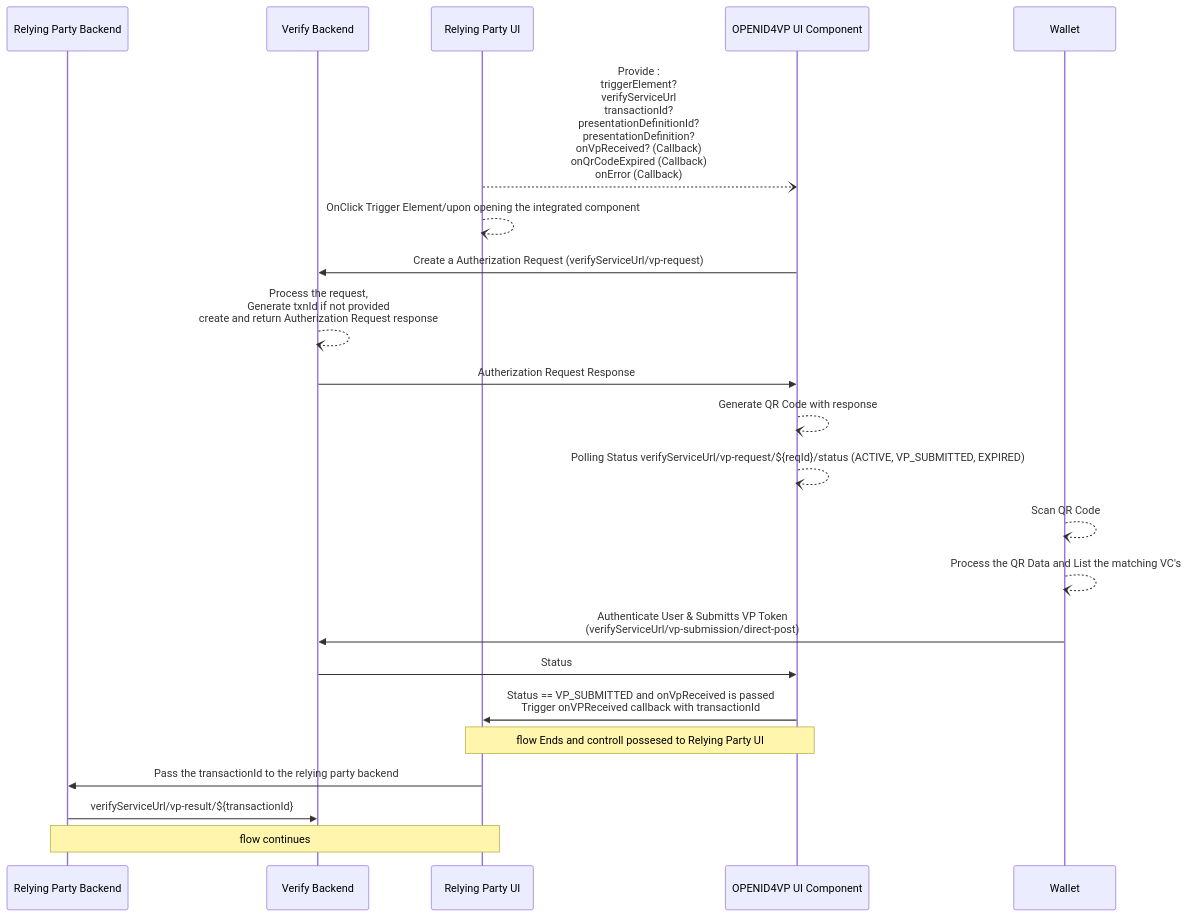
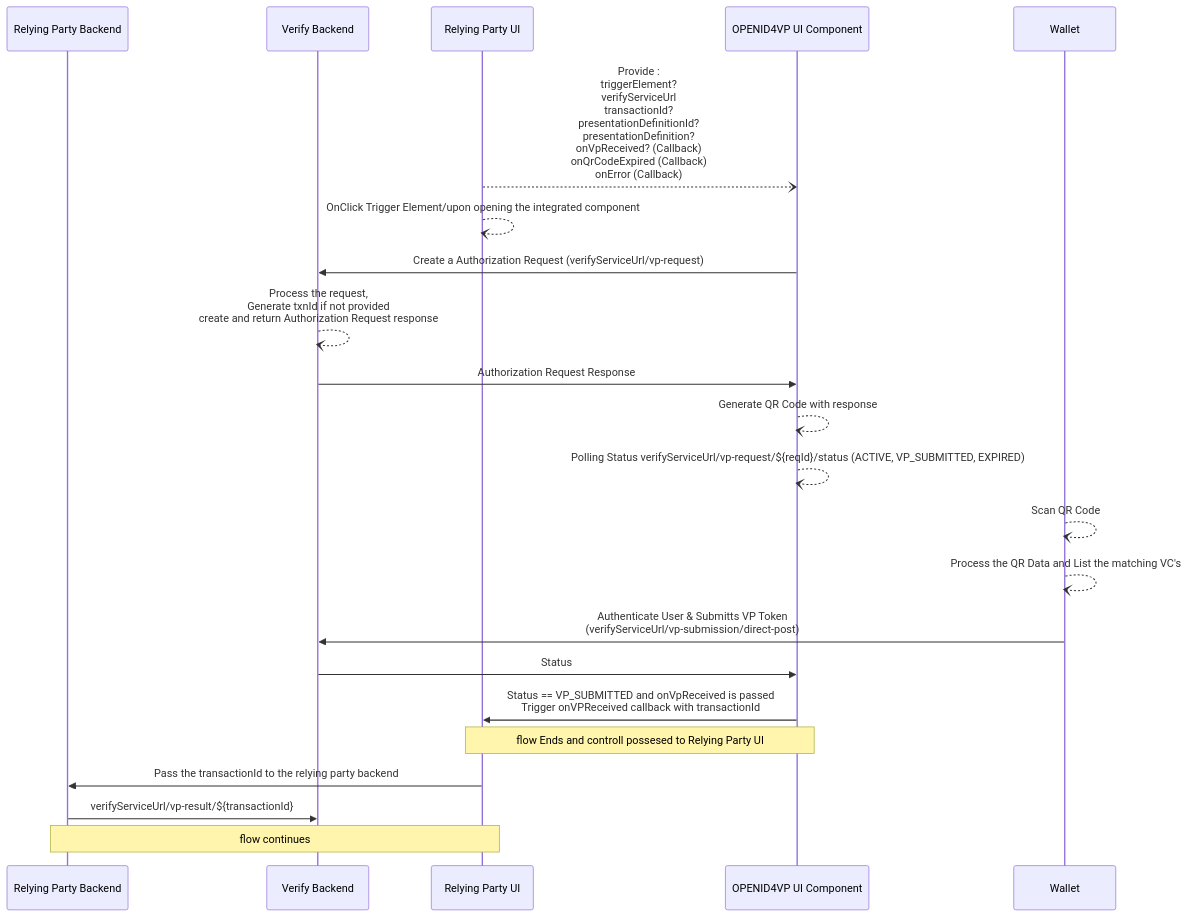
The fourth of 4 diagrams in docs/InjiVerifySDKOpenID4VP.md (mosip/inji-verify), drawn with Mermaid before and after one commit. The commit also changed other lines of this file and 1 other file, not shown here.

````diff
--- a/docs/InjiVerifySDKOpenID4VP.md
+++ b/docs/InjiVerifySDKOpenID4VP.md
@@ -91,26 +122,26 @@
 ```mermaid 
 sequenceDiagram
     participant Relying Party Backend
     participant Verify Backend
     participant Relying Party UI
     participant OPENID4VP UI Component
     participant Wallet
 
 
     Relying Party UI--)OPENID4VP UI Component: Provide : <br> triggerElement? <br> verifyServiceUrl <br> transactionId? <br>  presentationDefinitionId? <br> presentationDefinition? <br> onVpReceived? (Callback) <br> onQrCodeExpired (Callback) <br> onError (Callback) 
     Relying Party UI--)Relying Party UI: OnClick Trigger Element/upon opening the integrated component
-    OPENID4VP UI Component->>Verify Backend: Create a Autherization Request (verifyServiceUrl/vp-request) 
-    Verify Backend--)Verify Backend: Process the request,<br>Generate txnId if not provided<br> create and return Autherization Request response
-    Verify Backend->>OPENID4VP UI Component: Autherization Request Response
+    OPENID4VP UI Component->>Verify Backend: Create a Authorization Request (verifyServiceUrl/vp-request) 
+    Verify Backend--)Verify Backend: Process the request,<br>Generate txnId if not provided<br> create and return Authorization Request response
+    Verify Backend->>OPENID4VP UI Component: Authorization Request Response
     OPENID4VP UI Component--)OPENID4VP UI Component: Generate QR Code with response
     OPENID4VP UI Component--)OPENID4VP UI Component: Polling Status verifyServiceUrl/vp-request/${reqId}/status (ACTIVE, VP_SUBMITTED, EXPIRED)
     Wallet--)Wallet: Scan QR Code
     Wallet--)Wallet: Process the QR Data and List the matching VC's
     Wallet->>Verify Backend: Authenticate User & Submitts VP Token <br> (verifyServiceUrl/vp-submission/direct-post)
     Verify Backend->>OPENID4VP UI Component: Status
     OPENID4VP UI Component->>Relying Party UI: Status == VP_SUBMITTED and onVpReceived is passed <br>Trigger onVPReceived callback with transactionId
     Note over OPENID4VP UI Component,Relying Party UI: flow Ends and controll possesed to Relying Party UI
     Relying Party UI->>Relying Party Backend: Pass the transactionId to the relying party backend
     Relying Party Backend->>Verify Backend: verifyServiceUrl/vp-result/${transactionId}
     Note over Relying Party Backend,Relying Party UI: flow continues 
 ```
````
